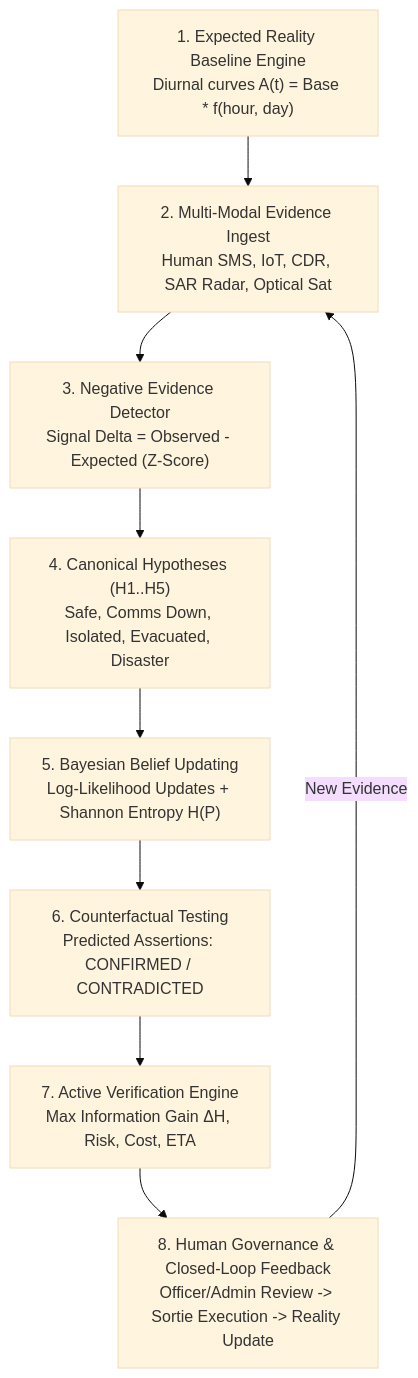
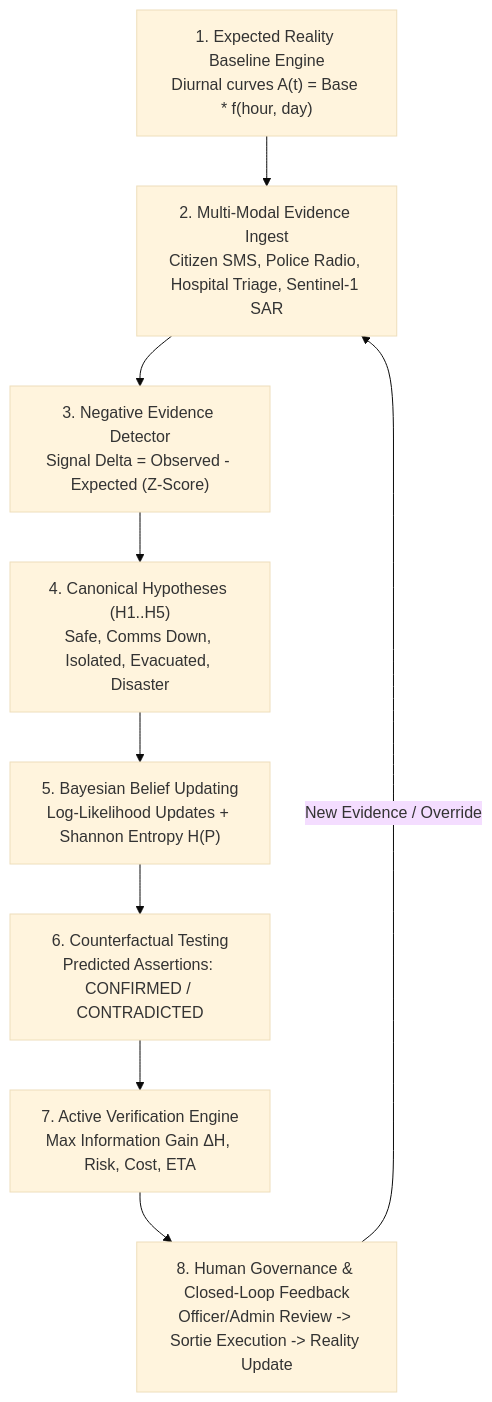
Before and after one commit to creativemavionix-creator/Real-Time-Disaster-Situational-Awareness-Incident-Deduplication-Population-Accountability: the diagram in README.md, drawn with Mermaid (base theme). The commit also changed other lines of this file, not shown here.

Commit message:
docs: Update README with all 17 core features, mathematical formulations, architecture, and API catalog

````diff
--- a/README.md
+++ b/README.md
@@ -100,11 +122,11 @@
 ```mermaid
 flowchart TD
-    A["1. Expected Reality Baseline Engine\nDiurnal curves A(t) = Base * f(hour, day)"] --> B["2. Multi-Modal Evidence Ingest\nHuman SMS, IoT, CDR, SAR Radar, Optical Sat"]
+    A["1. Expected Reality Baseline Engine\nDiurnal curves A(t) = Base * f(hour, day)"] --> B["2. Multi-Modal Evidence Ingest\nCitizen SMS, Police Radio, Hospital Triage, Sentinel-1 SAR"]
     B --> C["3. Negative Evidence Detector\nSignal Delta = Observed - Expected (Z-Score)"]
     C --> D["4. Canonical Hypotheses (H1..H5)\nSafe, Comms Down, Isolated, Evacuated, Disaster"]
     D --> E["5. Bayesian Belief Updating\nLog-Likelihood Updates + Shannon Entropy H(P)"]
     E --> F["6. Counterfactual Testing\nPredicted Assertions: CONFIRMED / CONTRADICTED"]
     F --> G["7. Active Verification Engine\nMax Information Gain ΔH, Risk, Cost, ETA"]
     G --> H["8. Human Governance & Closed-Loop Feedback\nOfficer/Admin Review -> Sortie Execution -> Reality Update"]
-    H -->|New Evidence| B
+    H -->|New Evidence / Override| B
 ```
````
